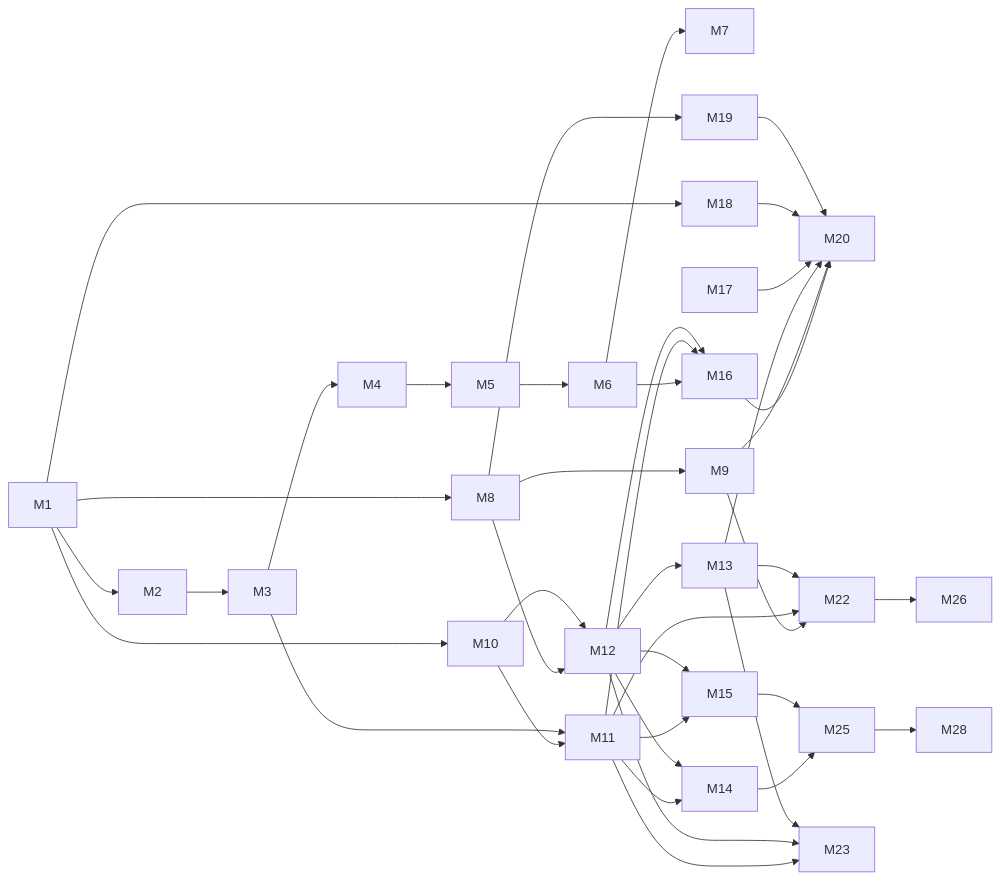
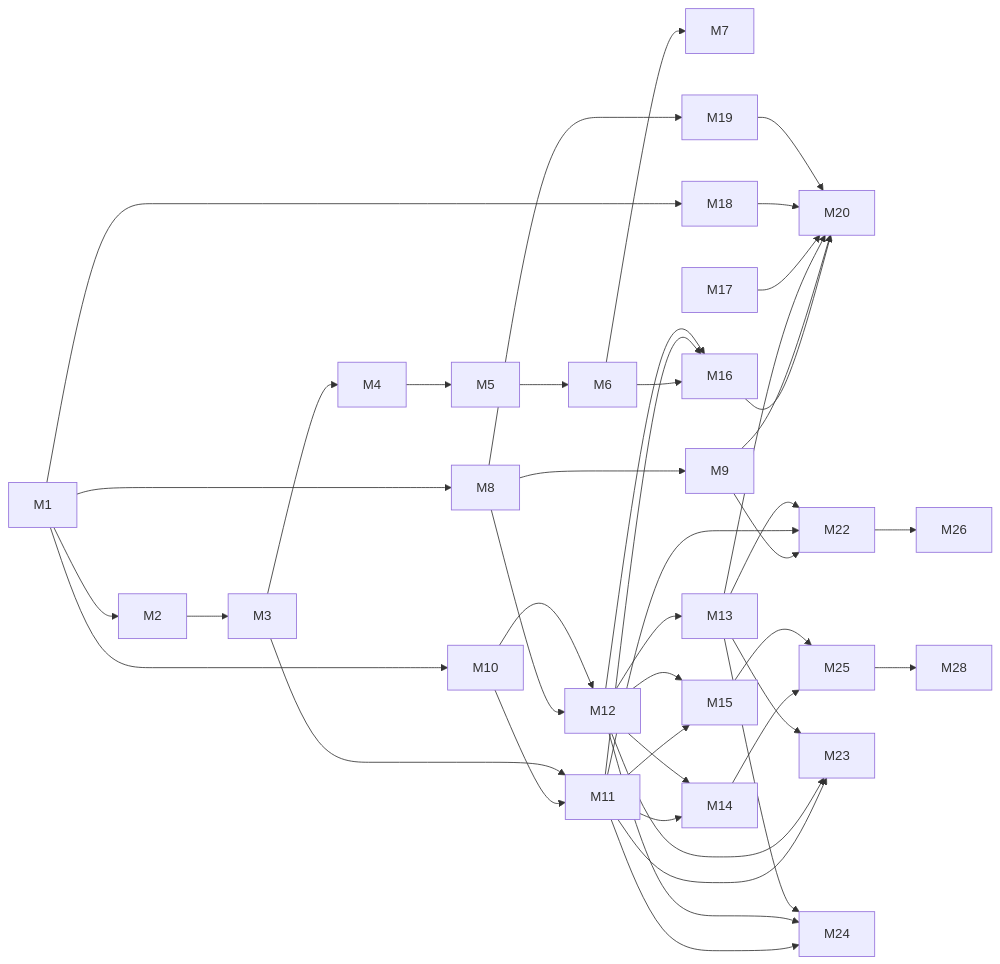
The second of 2 diagrams in docs/product-requirements.md (PavelArs/capital-tracker), drawn with Mermaid before and after one commit. The commit also changed other lines of this file and 83 other files, not shown here.

````diff
--- a/docs/product-requirements.md
+++ b/docs/product-requirements.md
@@ -852,35 +853,38 @@
 ```mermaid
 flowchart LR
   M1 --> M2 --> M3 --> M4 --> M5 --> M6 --> M7
   M1 --> M8 --> M9
   M1 --> M10 --> M11
   M3 --> M11
   M8 --> M12
   M10 --> M12 --> M13
   M11 --> M14
   M12 --> M14
   M11 --> M15
   M12 --> M15
   M6 --> M16
   M11 --> M16
   M12 --> M16
   M1 --> M18
   M8 --> M19
   M17
   M16 --> M20
   M9 --> M20
   M13 --> M20
   M17 --> M20
   M18 --> M20
   M19 --> M20
   M9 --> M22
   M11 --> M22
   M13 --> M22
   M22 --> M26
   M14 --> M25
   M15 --> M25
   M11 --> M23
   M12 --> M23
   M13 --> M23
+  M11 --> M24
+  M12 --> M24
+  M13 --> M24
   M25 --> M28
 ```
````
